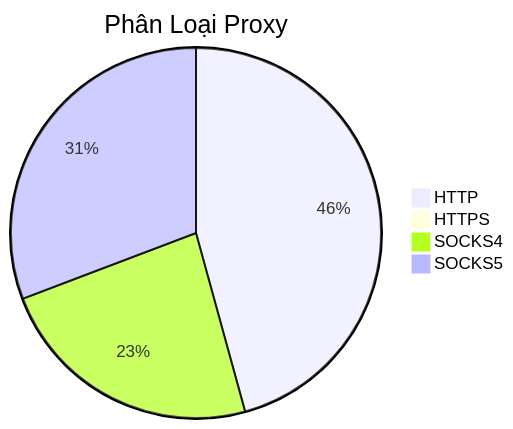
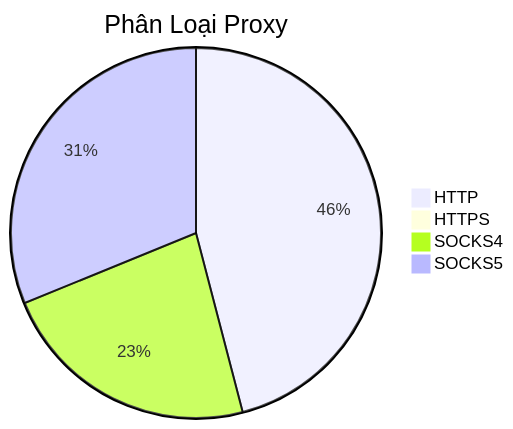
The diagram in README.md (Ciara-12/PROXY-free), drawn with Mermaid before and after one commit. The commit also changed other lines of this file and 4 other files, not shown here.

````diff
--- a/README.md
+++ b/README.md
@@ -26,7 +26,7 @@
 ```mermaid
 pie title Phân Loại Proxy
-    "HTTP" : 535
-    "HTTPS" : 3
-    "SOCKS4" : 275
-    "SOCKS5" : 360
+    "HTTP" : 532
+    "HTTPS" : 2
+    "SOCKS4" : 265
+    "SOCKS5" : 361
 ```
````
